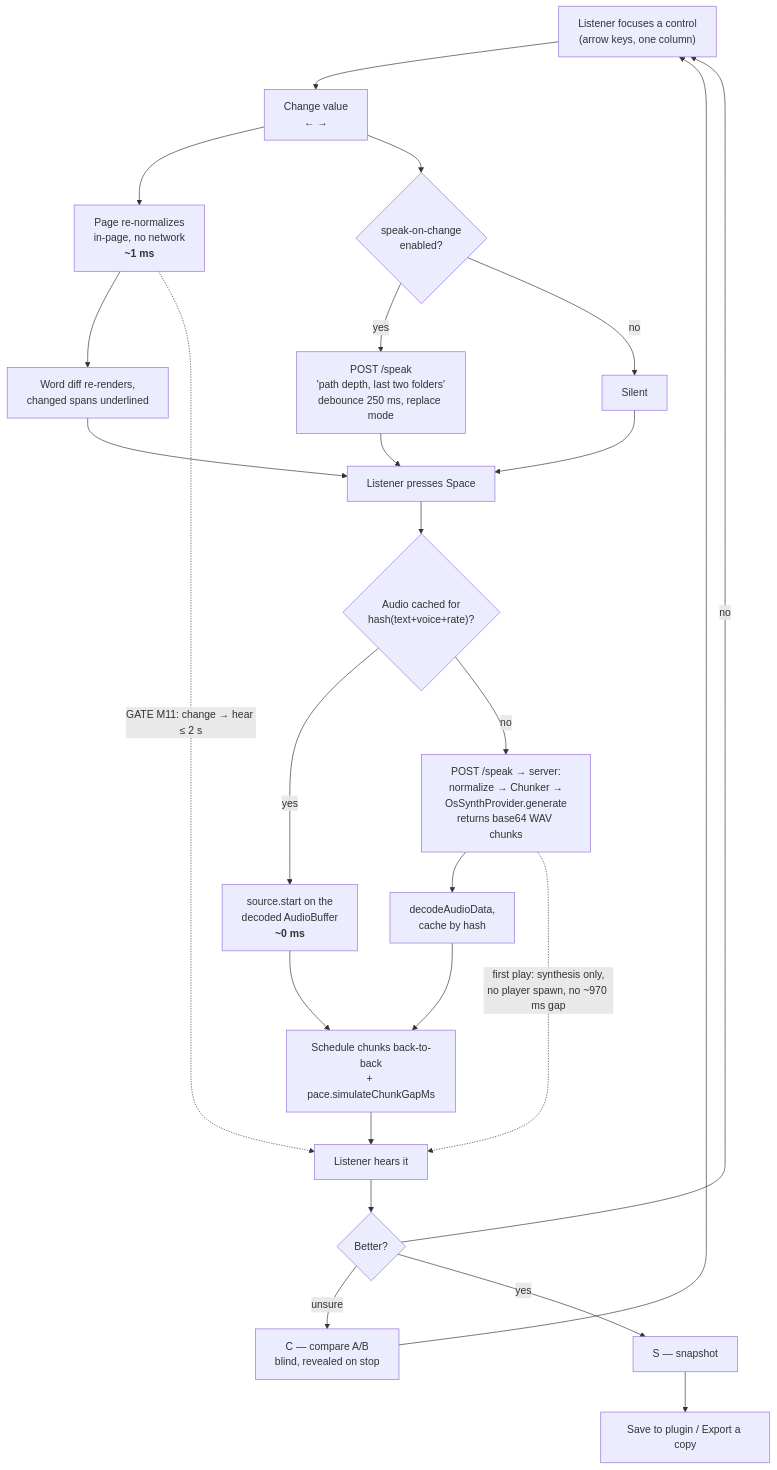
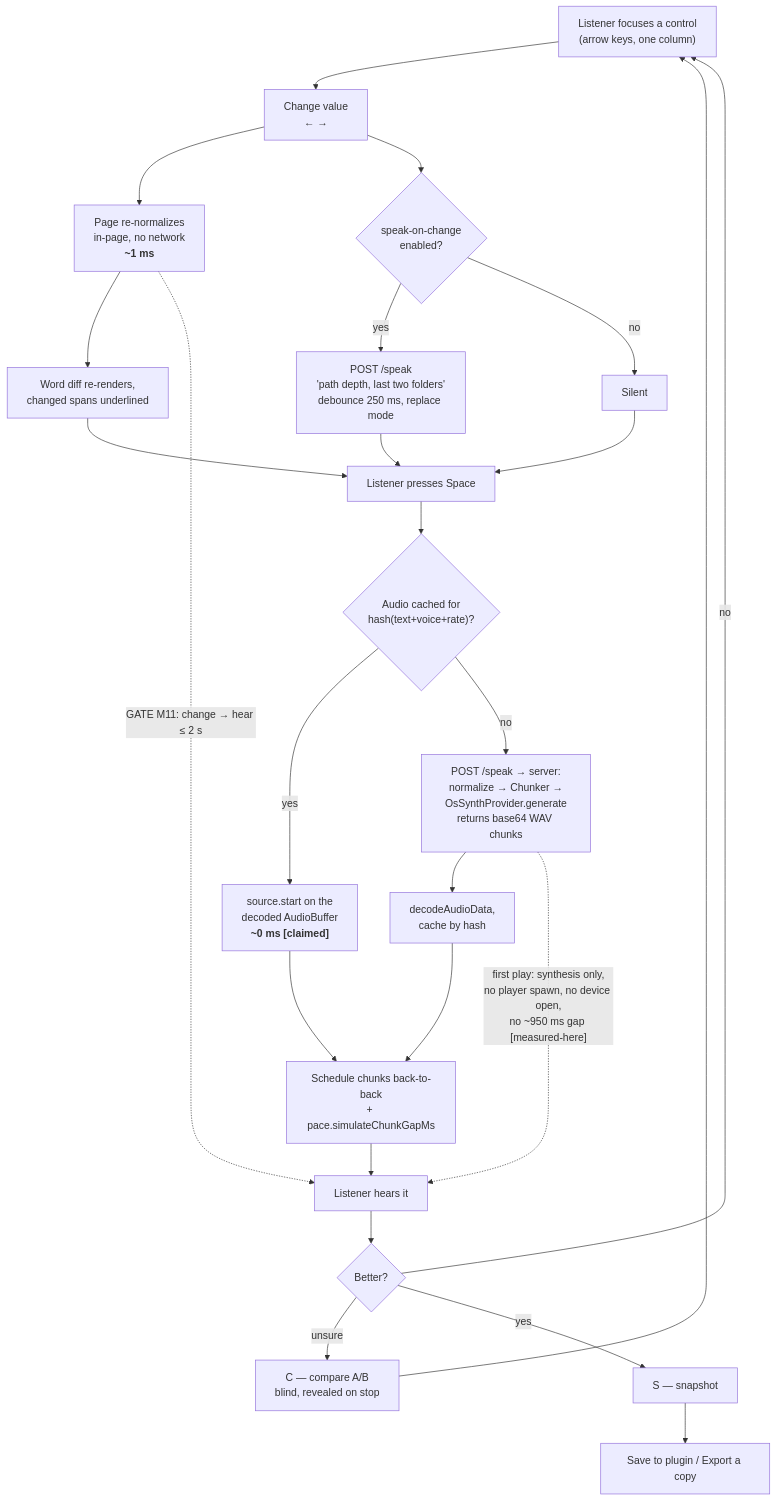
Before and after one commit to YoraiLevi/2026-08-orca-plugin-tts-archived: the diagram in docs/design/004-voice-lab.md, drawn with Mermaid. The commit also changed other lines of this file and 4 other files, not shown here.

````diff
--- a/docs/design/004-voice-lab.md
+++ b/docs/design/004-voice-lab.md
@@ -758,28 +797,28 @@
 ```mermaid
 flowchart TD
     A["Listener focuses a control<br/>(arrow keys, one column)"] --> B["Change value<br/>← →"]
     B --> C["Page re-normalizes<br/>in-page, no network<br/><b>~1 ms</b>"]
     C --> D["Word diff re-renders,<br/>changed spans underlined"]
     B --> E{"speak-on-change<br/>enabled?"}
     E -- yes --> F["POST /speak<br/>'path depth, last two folders'<br/>debounce 250 ms, replace mode"]
     E -- no --> G["Silent"]
     D --> H["Listener presses Space"]
     F --> H
     G --> H
     H --> I{"Audio cached for<br/>hash(text+voice+rate)?"}
-    I -- yes --> J["source.start on the<br/>decoded AudioBuffer<br/><b>~0 ms</b>"]
+    I -- yes --> J["source.start on the<br/>decoded AudioBuffer<br/><b>~0 ms [claimed]</b>"]
     I -- no --> K["POST /speak → server:<br/>normalize → Chunker →<br/>OsSynthProvider.generate<br/>returns base64 WAV chunks"]
     K --> L["decodeAudioData,<br/>cache by hash"]
     L --> M["Schedule chunks back-to-back<br/>+ pace.simulateChunkGapMs"]
     J --> M
     M --> N["Listener hears it"]
     N --> O{"Better?"}
     O -- unsure --> P["C — compare A/B<br/>blind, revealed on stop"]
     O -- yes --> Q["S — snapshot"]
     O -- no --> A
     P --> A
     Q --> R["Save to plugin / Export a copy"]
 
     C -.->|"GATE M11: change → hear ≤ 2 s"| N
-    K -.->|"first play: synthesis only,<br/>no player spawn, no ~970 ms gap"| N
+    K -.->|"first play: synthesis only,<br/>no player spawn, no device open,<br/>no ~950 ms gap [measured-here]"| N
 ```
````
